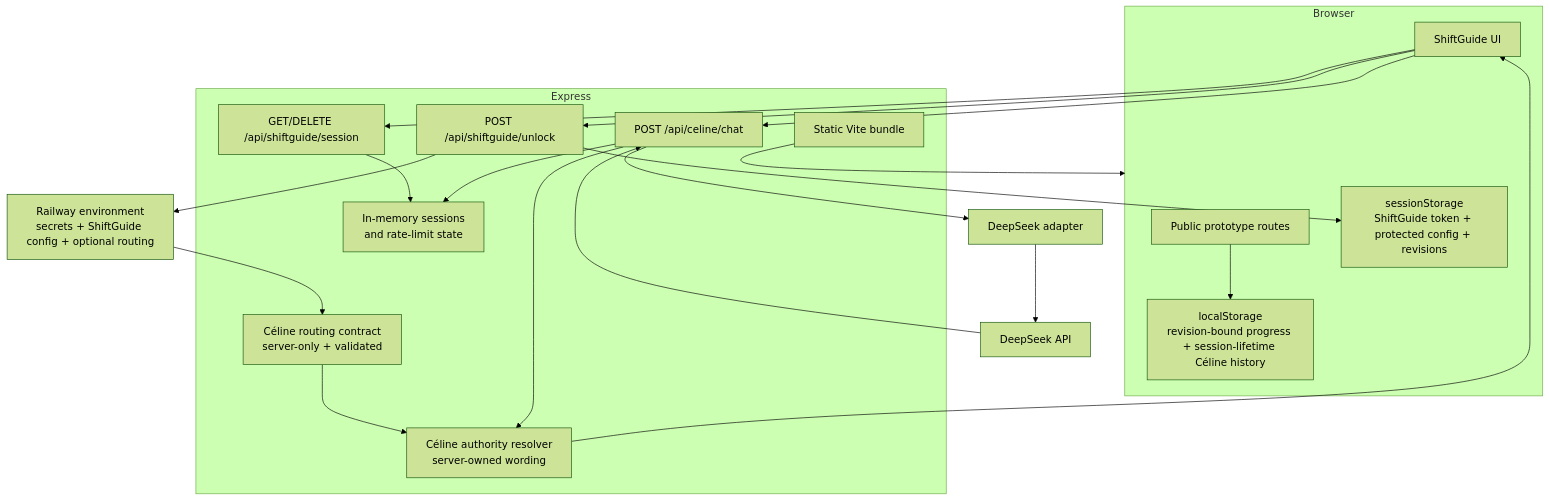
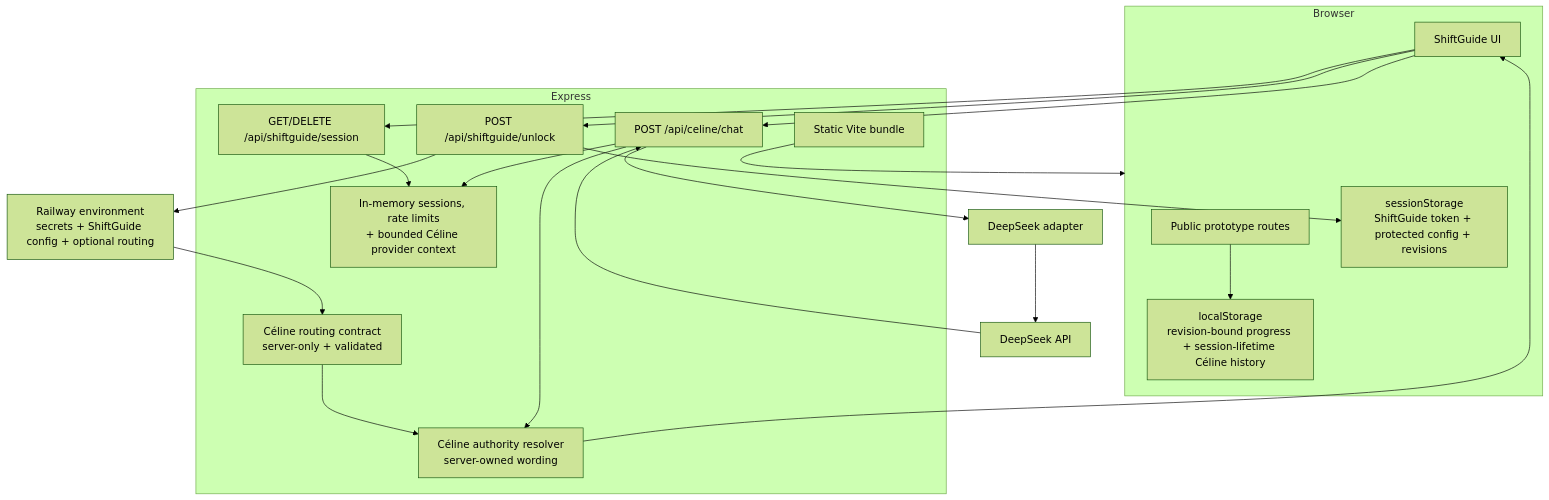
Before and after one commit to AmineAKIK/protocap: the diagram in docs/architecture.md, drawn with Mermaid (forest theme). The commit also changed other lines of this file and 11 other files, not shown here.

````diff
--- a/docs/architecture.md
+++ b/docs/architecture.md
@@ -9,40 +9,40 @@
 ```mermaid
 flowchart TB
   subgraph Browser
     Public[Public prototype routes]
     ShiftUI[ShiftGuide UI]
     SessionStore[sessionStorage\nShiftGuide token + protected config + revisions]
     LocalStore[localStorage\nrevision-bound progress + session-lifetime Céline history]
   end
 
   subgraph Express
     Unlock[POST /api/shiftguide/unlock]
     Session[GET/DELETE /api/shiftguide/session]
     Chat[POST /api/celine/chat]
     Routing[Céline routing contract\nserver-only + validated]
     Authority[Céline authority resolver\nserver-owned wording]
-    Memory[In-memory sessions\nand rate-limit state]
+    Memory[In-memory sessions, rate limits\n+ bounded Céline provider context]
     Static[Static Vite bundle]
   end
 
   Env[Railway environment\nsecrets + ShiftGuide config + optional routing]
   ProviderAdapter[DeepSeek adapter]
   Provider[DeepSeek API]
 
   Public --> LocalStore
   ShiftUI --> Unlock
   Unlock --> Env
   Unlock --> SessionStore
   ShiftUI --> Session
   ShiftUI --> Chat
   Session --> Memory
   Env --> Routing
   Routing --> Authority
   Chat --> Memory
   Chat --> ProviderAdapter
   ProviderAdapter --> Provider
   Provider --> Chat
   Chat --> Authority
   Authority --> ShiftUI
   Static --> Browser
 ```
````
